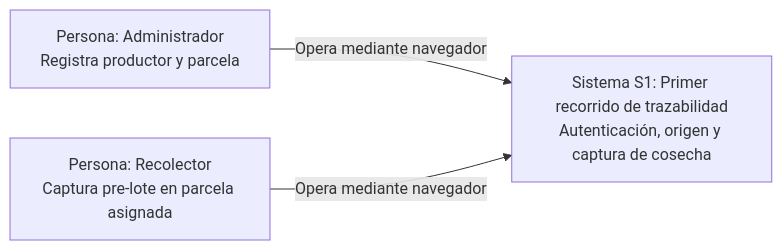
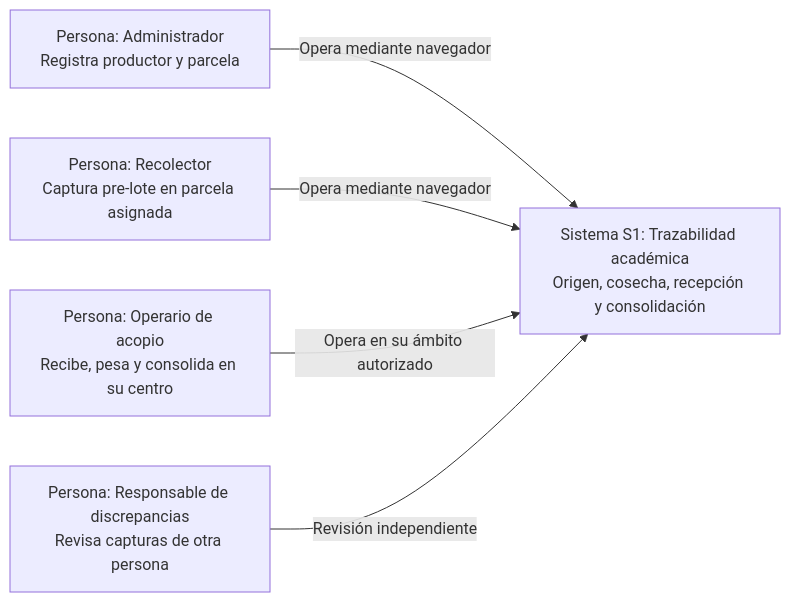
The first of 5 diagrams in docs/04-modelo-c4/modelo-c4.md (carlosgaraundo27-svg/Trazabilidad-Agricola-Arquitectura), drawn with Mermaid before and after one commit. The commit also changed other lines of this file and 20 other files, not shown here.

````diff
--- a/docs/04-modelo-c4/modelo-c4.md
+++ b/docs/04-modelo-c4/modelo-c4.md
@@ -15,8 +15,12 @@
 ```mermaid
 flowchart LR
   ADMIN["Persona: Administrador<br/>Registra productor y parcela"]
   CAMPO["Persona: Recolector<br/>Captura pre-lote en parcela asignada"]
-  S1["Sistema S1: Primer recorrido de trazabilidad<br/>Autenticación, origen y captura de cosecha"]
+  ACOPIO["Persona: Operario de acopio<br/>Recibe, pesa y consolida en su centro"]
+  RESPONSABLE["Persona: Responsable de discrepancias<br/>Revisa capturas de otra persona"]
+  S1["Sistema S1: Trazabilidad académica<br/>Origen, cosecha, recepción y consolidación"]
   ADMIN -->|"Opera mediante navegador"| S1
   CAMPO -->|"Opera mediante navegador"| S1
+  ACOPIO -->|"Opera en su ámbito autorizado"| S1
+  RESPONSABLE -->|"Revisión independiente"| S1
 ```
````
